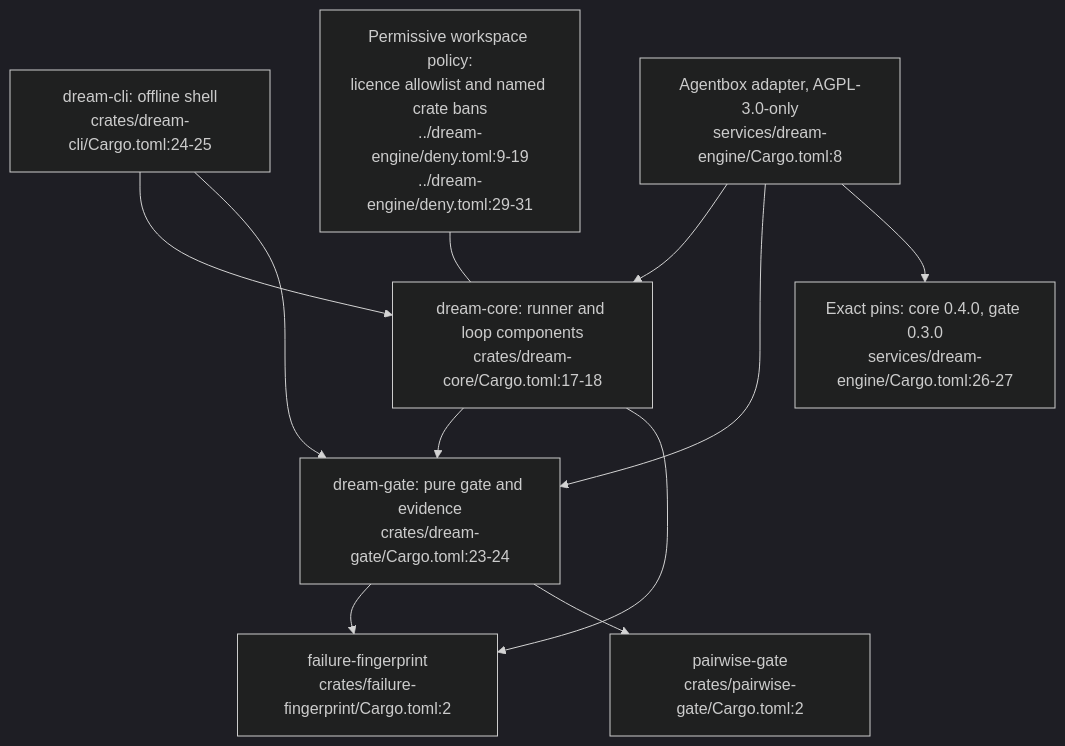
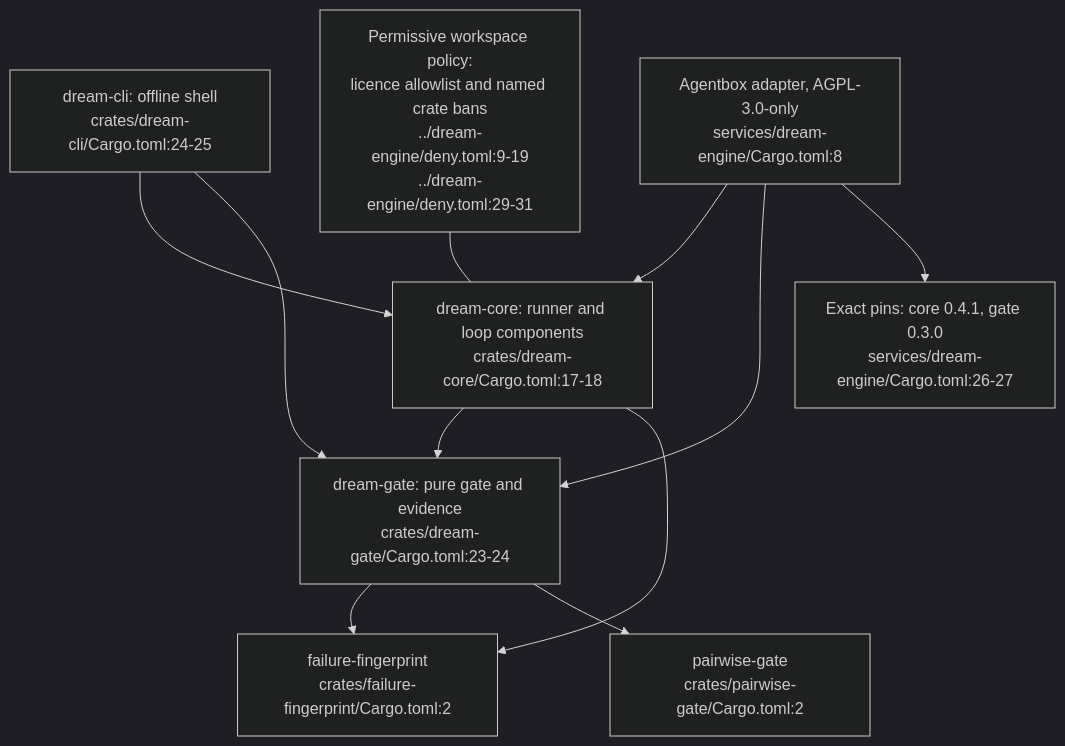
The first of 2 diagrams in docs/diagrams/dream-engine/01-crates-licence-boundary-and-estate-status.md (DreamLab-AI/VisionFlow), drawn with Mermaid (dark theme) before and after one commit. The commit also changed other lines of this file and 36 other files, not shown here.

First line of the commit message:
docs(diagrams): re-derive and re-stamp agentbox, dream-engine, visioncraft, visiontouch and vowl topics; drop LAN addresses

````diff
--- a/docs/diagrams/dream-engine/01-crates-licence-boundary-and-estate-status.md
+++ b/docs/diagrams/dream-engine/01-crates-licence-boundary-and-estate-status.md
@@ -42,13 +42,13 @@
 ```mermaid
 flowchart TB
     CLI["dream-cli: offline shell<br/>crates/dream-cli/Cargo.toml:24-25"] --> DC["dream-core: runner and loop components<br/>crates/dream-core/Cargo.toml:17-18"]
     CLI --> DG["dream-gate: pure gate and evidence<br/>crates/dream-gate/Cargo.toml:23-24"]
     DC --> DG
     DC --> FF["failure-fingerprint<br/>crates/failure-fingerprint/Cargo.toml:2"]
     DG --> FF
     DG --> PG["pairwise-gate<br/>crates/pairwise-gate/Cargo.toml:2"]
     AD["Agentbox adapter, AGPL-3.0-only<br/>services/dream-engine/Cargo.toml:8"] --> DC
     AD --> DG
-    AD --> PIN["Exact pins: core 0.4.0, gate 0.3.0<br/>services/dream-engine/Cargo.toml:26-27"]
+    AD --> PIN["Exact pins: core 0.4.1, gate 0.3.0<br/>services/dream-engine/Cargo.toml:26-27"]
     DENY["Permissive workspace policy:<br/>licence allowlist and named crate bans<br/>../dream-engine/deny.toml:9-19<br/>../dream-engine/deny.toml:29-31"] --- DC
 ```
````
